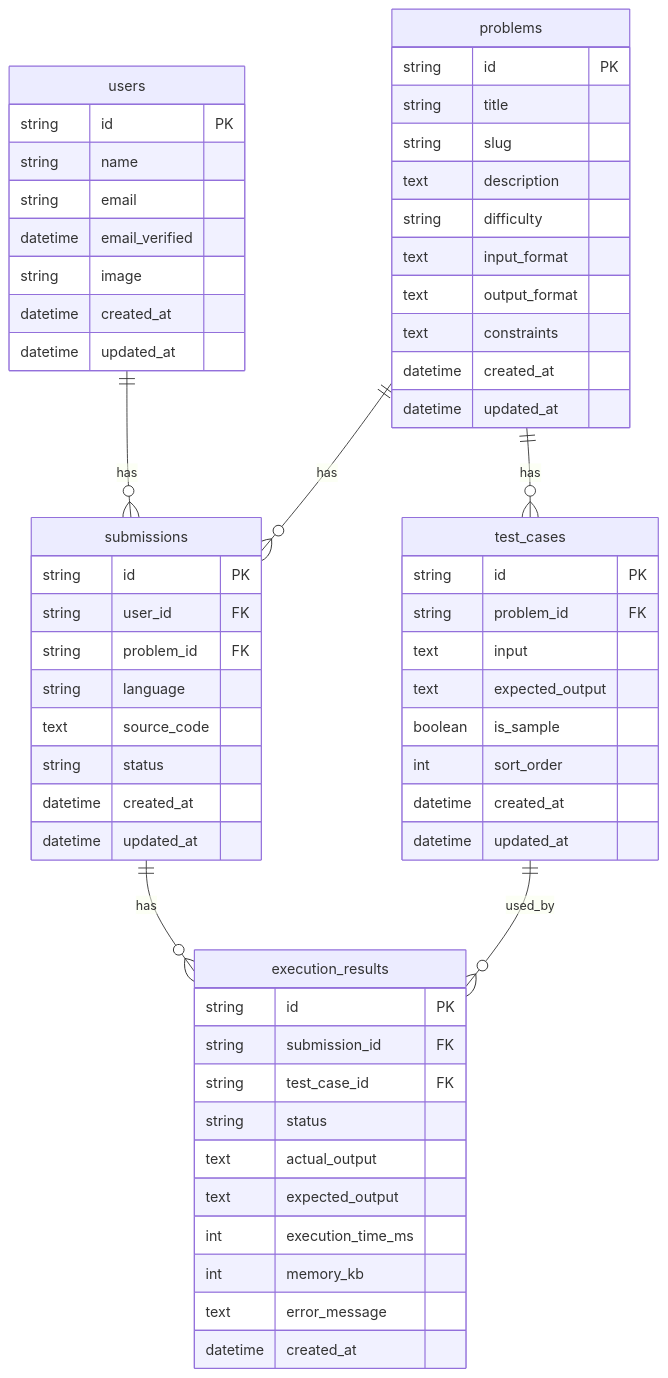
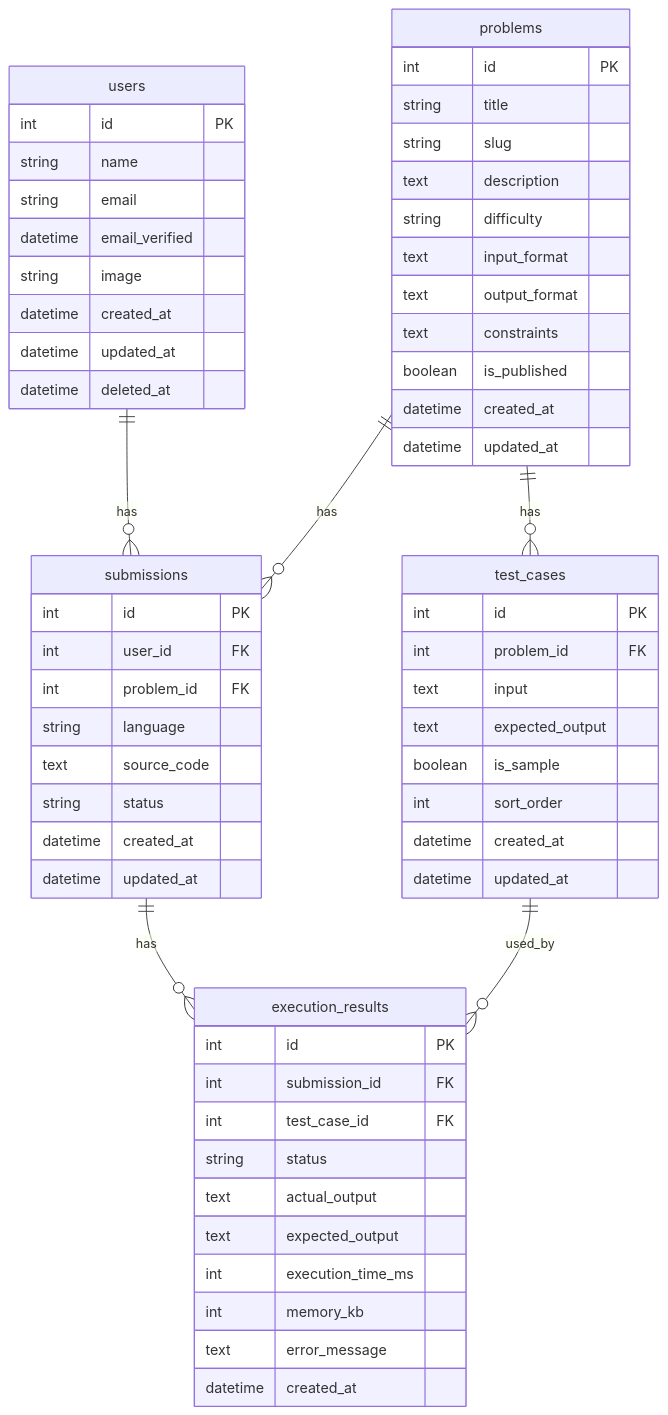
The diagram in docs/basic-design.md (marlelt/coding-test-practice), drawn with Mermaid before and after one commit. The commit also changed other lines of this file and 9 other files, not shown here.

````diff
--- a/docs/basic-design.md
+++ b/docs/basic-design.md
@@ -357,66 +357,68 @@
 ```mermaid
 erDiagram
     users ||--o{ submissions : "has"
     problems ||--o{ test_cases : "has"
     problems ||--o{ submissions : "has"
     submissions ||--o{ execution_results : "has"
     test_cases ||--o{ execution_results : "used_by"
 
     users {
-      string id PK
+      int id PK
       string name
       string email
       datetime email_verified
       string image
       datetime created_at
       datetime updated_at
+      datetime deleted_at
     }
 
     problems {
-      string id PK
+      int id PK
       string title
       string slug
       text description
       string difficulty
       text input_format
       text output_format
       text constraints
+      boolean is_published
       datetime created_at
       datetime updated_at
     }
 
     test_cases {
-      string id PK
-      string problem_id FK
+      int id PK
+      int problem_id FK
       text input
       text expected_output
       boolean is_sample
       int sort_order
       datetime created_at
       datetime updated_at
     }
 
     submissions {
-      string id PK
-      string user_id FK
-      string problem_id FK
+      int id PK
+      int user_id FK
+      int problem_id FK
       string language
       text source_code
       string status
       datetime created_at
       datetime updated_at
     }
 
     execution_results {
-      string id PK
-      string submission_id FK
-      string test_case_id FK
+      int id PK
+      int submission_id FK
+      int test_case_id FK
       string status
       text actual_output
       text expected_output
       int execution_time_ms
       int memory_kb
       text error_message
       datetime created_at
     }
   ```
````
